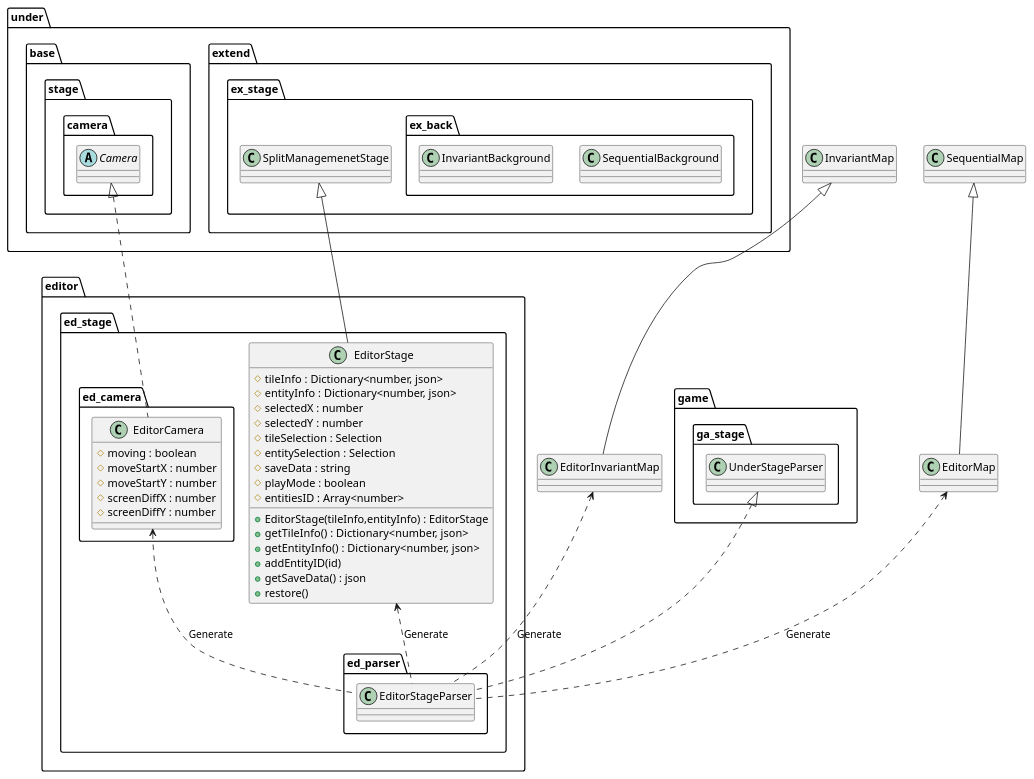
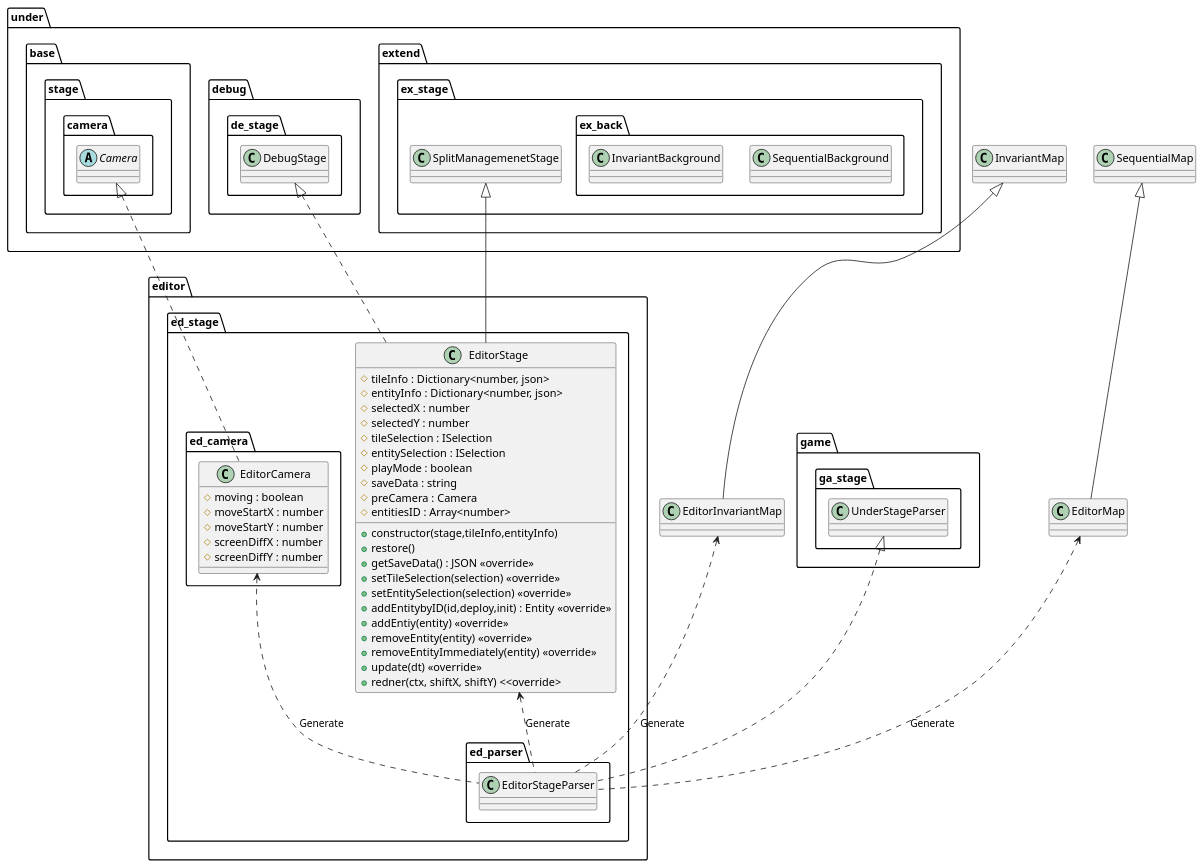
Before and after one commit to Expine/Under: the diagram in uml/editor/Stage.wsd, drawn with PlantUML. The commit also changed 25 other files, not shown here.

Commit message:
Fix editor uml, abstract editor function

```diff
--- a/uml/editor/Stage.wsd
+++ b/uml/editor/Stage.wsd
@@ -1,74 +1,86 @@
 @startuml EditorStage
 
 package editor {
     package ed_stage {
         class EditorStage {
-            +EditorStage(tileInfo,entityInfo) : EditorStage
+            +constructor(stage,tileInfo,entityInfo)
             #tileInfo : Dictionary<number, json>
             #entityInfo : Dictionary<number, json>
             #selectedX : number
             #selectedY : number
-            #tileSelection : Selection
-            #entitySelection : Selection
+            #tileSelection : ISelection
+            #entitySelection : ISelection
+            #playMode : boolean
             #saveData : string
-            #playMode : boolean
+            #preCamera : Camera
             #entitiesID : Array<number>
-            +getTileInfo() : Dictionary<number, json>
-            +getEntityInfo() : Dictionary<number, json>
-            +addEntityID(id)
-            +getSaveData() : json
             +restore()
+            +getSaveData() : JSON <<override>>
+            +setTileSelection(selection) <<override>>
+            +setEntitySelection(selection) <<override>>
+            +addEntitybyID(id,deploy,init) : Entity <<override>>
+            +addEntiy(entity) <<override>>
+            +removeEntity(entity) <<override>>
+            +removeEntityImmediately(entity) <<override>>
+            +update(dt) <<override>>
+            +redner(ctx, shiftX, shiftY) <<override>
         }
 
         package ed_parser {
             class EditorStageParser
         }
         package ed_camera {
             class EditorCamera {
                 #moving : boolean
                 #moveStartX : number
                 #moveStartY : number
                 #screenDiffX : number
                 #screenDiffY : number
             }
         }
     }
 }
 
 package under {
     package base {
         package stage {
             package camera {
                 abstract Camera
             }
         }
     }
+    package debug {
+        package de_stage {
+            class DebugStage
+        }
+    }
     package extend {
         package ex_stage {
             class SplitManagemenetStage
             package ex_back {
                 class SequentialBackground
                 class InvariantBackground
             }
         }
     }
 }
 
 package game {
     package ga_stage {
         class UnderStageParser
     }
 }
 
 EditorStage <.. EditorStageParser : "Generate"
 EditorCamera <.. EditorStageParser : "Generate"
 EditorMap <.. EditorStageParser : "Generate"
 EditorInvariantMap <.. EditorStageParser : "Generate"
 
+DebugStage <|.. EditorStage
 Camera <|.. EditorCamera
 UnderStageParser <|.. EditorStageParser
 SplitManagemenetStage <|-- EditorStage
 SequentialMap <|-- EditorMap
 InvariantMap <|-- EditorInvariantMap
 
 @enduml
```
